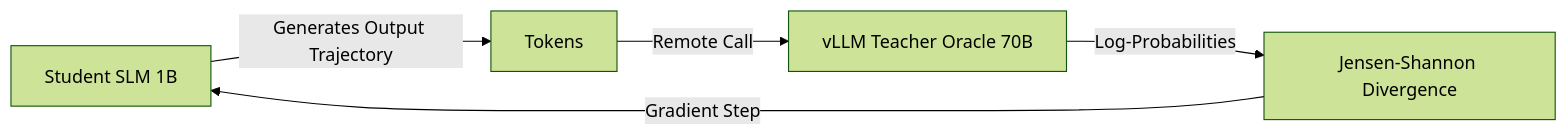
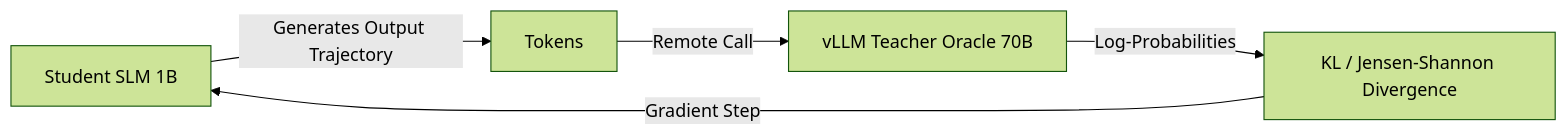
Before and after one commit to vfcarida/Small-Language-Models-SLMs-: the second of 2 diagrams in README.md, drawn with Mermaid (forest theme). The commit also changed other lines of this file, not shown here.

````diff
--- a/README.md
+++ b/README.md
@@ -66,7 +70,7 @@
 ```mermaid
 graph LR
     Student[Student SLM 1B] -->|Generates Output Trajectory| Traj[Tokens]
     Traj -->|Remote Call| vLLM[vLLM Teacher Oracle 70B]
-    vLLM -->|Log-Probabilities| JSD[Jensen-Shannon Divergence]
+    vLLM -->|Log-Probabilities| JSD[KL / Jensen-Shannon Divergence]
     JSD -->|Gradient Step| Student
 ```
````
